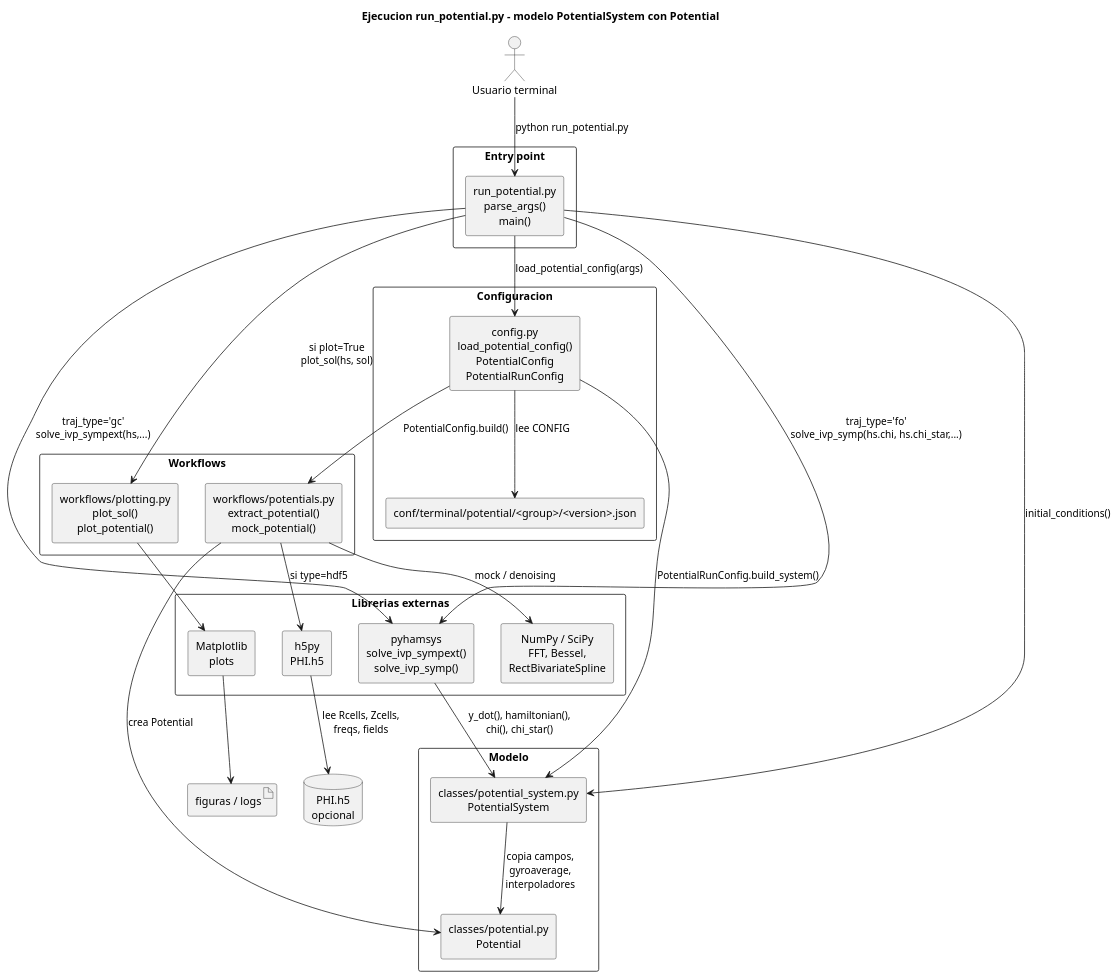
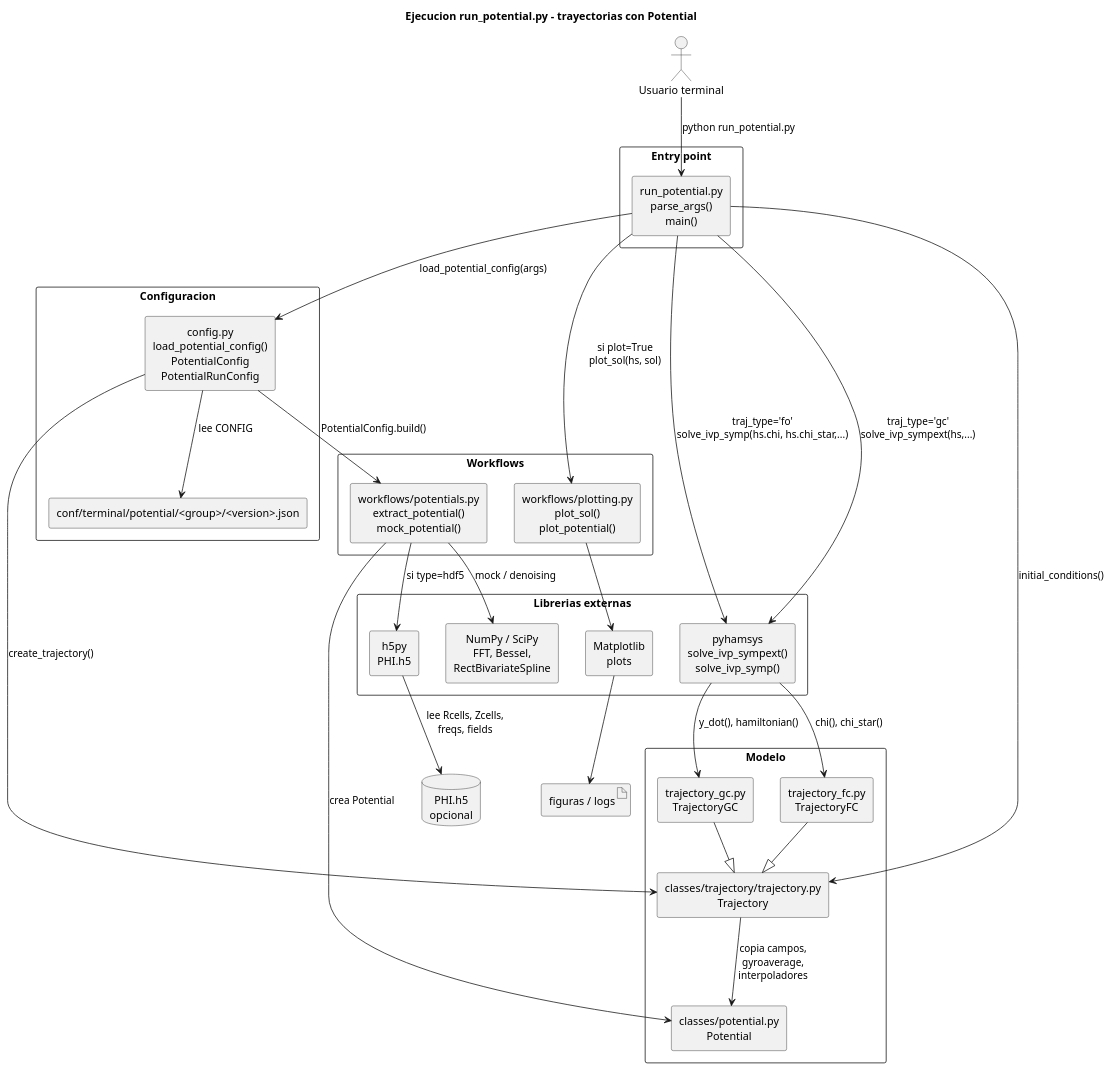
The diagram in docs/potential_execution/flow.puml (Jugibe-52/GC2D_intranet), drawn with PlantUML before and after one commit. The commit also changed 23 other files, not shown here.

Commit message:
Replace PotentialSystem with trajectory hierarchy

```diff
--- a/docs/potential_execution/flow.puml
+++ b/docs/potential_execution/flow.puml
@@ -1,62 +1,67 @@
-@startuml PotentialSystem_potential_execution_flow
-title Ejecucion run_potential.py - modelo PotentialSystem con Potential
+@startuml Trajectory_potential_execution_flow
+title Ejecucion run_potential.py - trayectorias con Potential
 
 skinparam componentStyle rectangle
 skinparam shadowing false
 skinparam packageStyle rectangle
 skinparam defaultTextAlignment center
 
 actor "Usuario terminal" as user
 
 package "Entry point" {
   component "run_potential.py\nparse_args()\nmain()" as cli
 }
 
 package "Configuracion" {
   component "conf/terminal/potential/<group>/<version>.json" as json
   component "config.py\nload_potential_config()\nPotentialConfig\nPotentialRunConfig" as config
 }
 
 package "Workflows" {
   component "workflows/potentials.py\nextract_potential()\nmock_potential()" as potentials
   component "workflows/plotting.py\nplot_sol()\nplot_potential()" as plotting
 }
 
 package "Modelo" {
   component "classes/potential.py\nPotential" as potential
-  component "classes/potential_system.py\nPotentialSystem" as fourier_cli
+  component "classes/trajectory/trajectory.py\nTrajectory" as trajectory
+  component "trajectory_gc.py\nTrajectoryGC" as trajectory_gc
+  component "trajectory_fc.py\nTrajectoryFC" as trajectory_fc
 }
 
 package "Librerias externas" {
   component "h5py\nPHI.h5" as h5py
   component "NumPy / SciPy\nFFT, Bessel,\nRectBivariateSpline" as scipy
   component "pyhamsys\nsolve_ivp_sympext()\nsolve_ivp_symp()" as pyhamsys
   component "Matplotlib\nplots" as mpl
 }
 
 database "PHI.h5\nopcional" as hdf5
 artifact "figuras / logs" as outputs
 
 user --> cli : python run_potential.py
 cli --> config : load_potential_config(args)
 config --> json : lee CONFIG
 
 config --> potentials : PotentialConfig.build()
 potentials --> h5py : si type=hdf5
 h5py --> hdf5 : lee Rcells, Zcells,\nfreqs, fields
 potentials --> potential : crea Potential
 potentials --> scipy : mock / denoising
 
-config --> fourier_cli : PotentialRunConfig.build_system()
-fourier_cli --> potential : copia campos,\ngyroaverage,\ninterpoladores
+config --> trajectory : create_trajectory()
+trajectory_gc --|> trajectory
+trajectory_fc --|> trajectory
+trajectory --> potential : copia campos,\ngyroaverage,\ninterpoladores
 
-cli --> fourier_cli : initial_conditions()
+cli --> trajectory : initial_conditions()
 cli --> pyhamsys : traj_type='gc'\nsolve_ivp_sympext(hs,...)
 cli --> pyhamsys : traj_type='fo'\nsolve_ivp_symp(hs.chi, hs.chi_star,...)
-pyhamsys --> fourier_cli : y_dot(), hamiltonian(),\nchi(), chi_star()
+pyhamsys --> trajectory_gc : y_dot(), hamiltonian()
+pyhamsys --> trajectory_fc : chi(), chi_star()
 
 cli --> plotting : si plot=True\nplot_sol(hs, sol)
 plotting --> mpl
 mpl --> outputs
 
 @enduml
```
